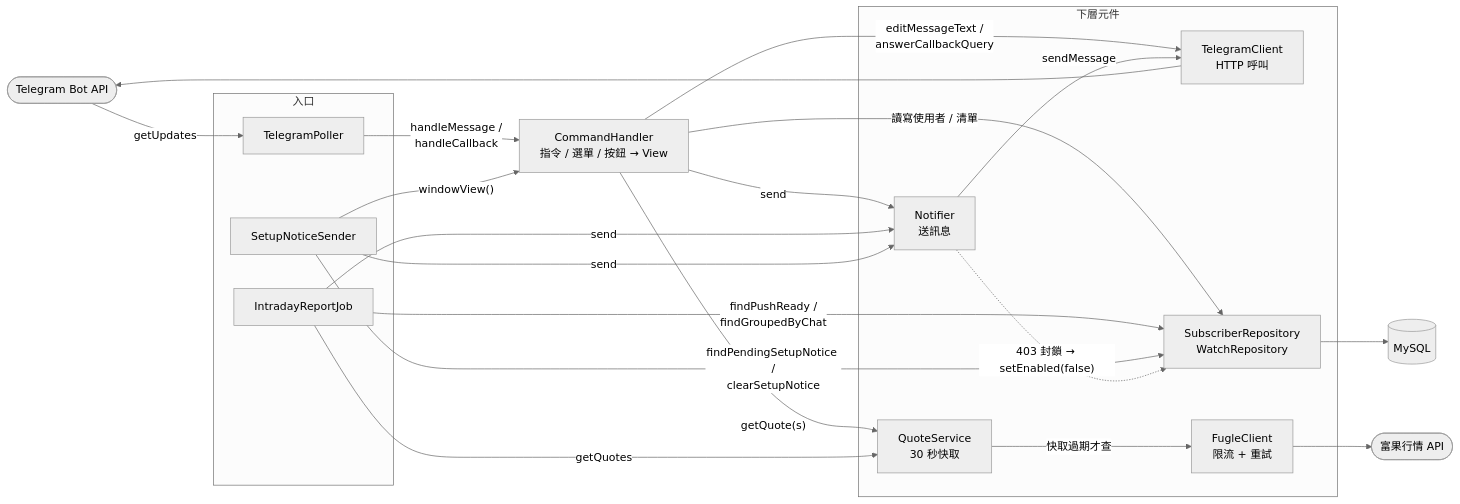
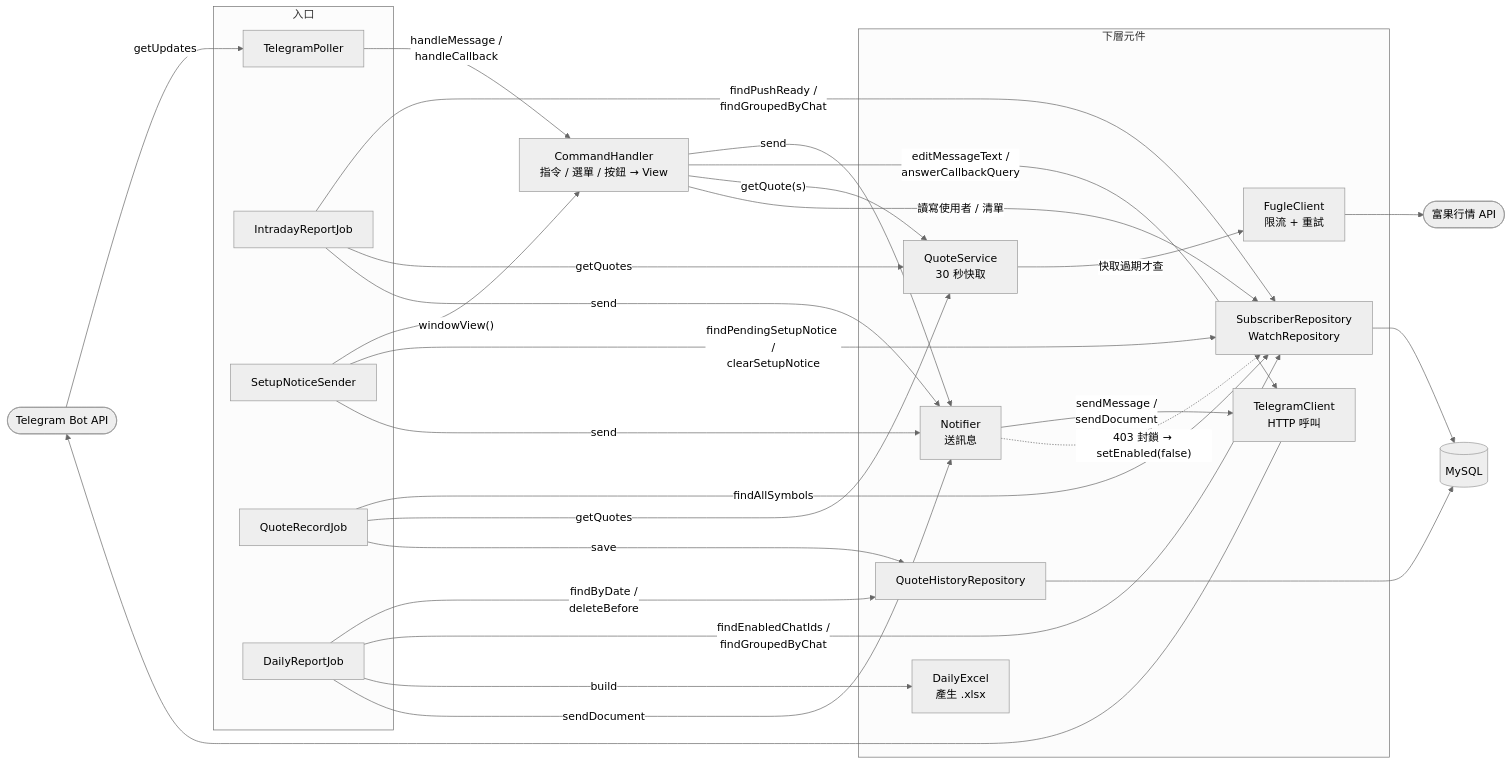
One commit to enochctcg/stock-bot-2 changed the first of 6 diagrams in docs/flow.md. Above: the diagram before and after it, drawn with Mermaid (neutral theme). The commit also changed other lines of this file and 16 other files, not shown here.

````diff
--- a/docs/flow.md
+++ b/docs/flow.md
@@ -18,43 +20,56 @@
 ```mermaid
 flowchart LR
     tg(["Telegram Bot API"])
     fugle(["富果行情 API"])
     db[("MySQL")]
 
     subgraph entry["入口"]
         poller["TelegramPoller"]
         job["IntradayReportJob"]
         notice["SetupNoticeSender"]
+        rec["QuoteRecordJob"]
+        daily["DailyReportJob"]
     end
 
     handler["CommandHandler<br/>指令 / 選單 / 按鈕 → View"]
 
     subgraph lower["下層元件"]
         notifier["Notifier<br/>送訊息"]
         client["TelegramClient<br/>HTTP 呼叫"]
         qs["QuoteService<br/>30 秒快取"]
         fc["FugleClient<br/>限流 + 重試"]
         repo["SubscriberRepository<br/>WatchRepository"]
+        hist["QuoteHistoryRepository"]
+        excel["DailyExcel<br/>產生 .xlsx"]
     end
 
     tg -- "getUpdates" --> poller
     poller -- "handleMessage /<br/>handleCallback" --> handler
     notice -- "windowView()" --> handler
 
     handler -- "send" --> notifier
     handler -- "editMessageText /<br/>answerCallbackQuery" --> client
     handler -- "getQuote(s)" --> qs
     handler -- "讀寫使用者 / 清單" --> repo
 
     job -- "findPushReady /<br/>findGroupedByChat" --> repo
     job -- "getQuotes" --> qs
     job -- "send" --> notifier
     notice -- "findPendingSetupNotice /<br/>clearSetupNotice" --> repo
     notice -- "send" --> notifier
 
-    notifier -- "sendMessage" --> client
+    rec -- "findAllSymbols" --> repo
+    rec -- "getQuotes" --> qs
+    rec -- "save" --> hist
+    daily -- "findByDate /<br/>deleteBefore" --> hist
+    daily -- "findEnabledChatIds /<br/>findGroupedByChat" --> repo
+    daily -- "build" --> excel
+    daily -- "sendDocument" --> notifier
+
+    notifier -- "sendMessage /<br/>sendDocument" --> client
     notifier -. "403 封鎖 → setEnabled(false)" .-> repo
     client --> tg
     qs -- "快取過期才查" --> fc --> fugle
     repo --> db
+    hist --> db
 ```
````
